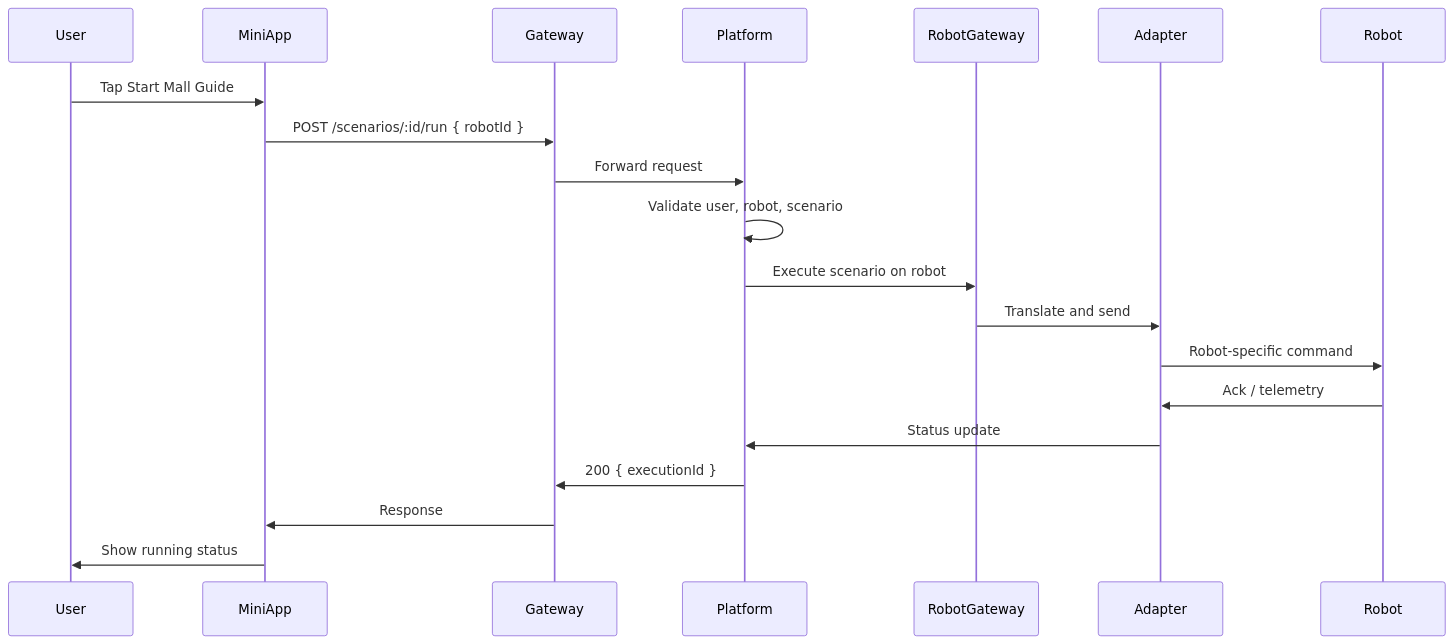
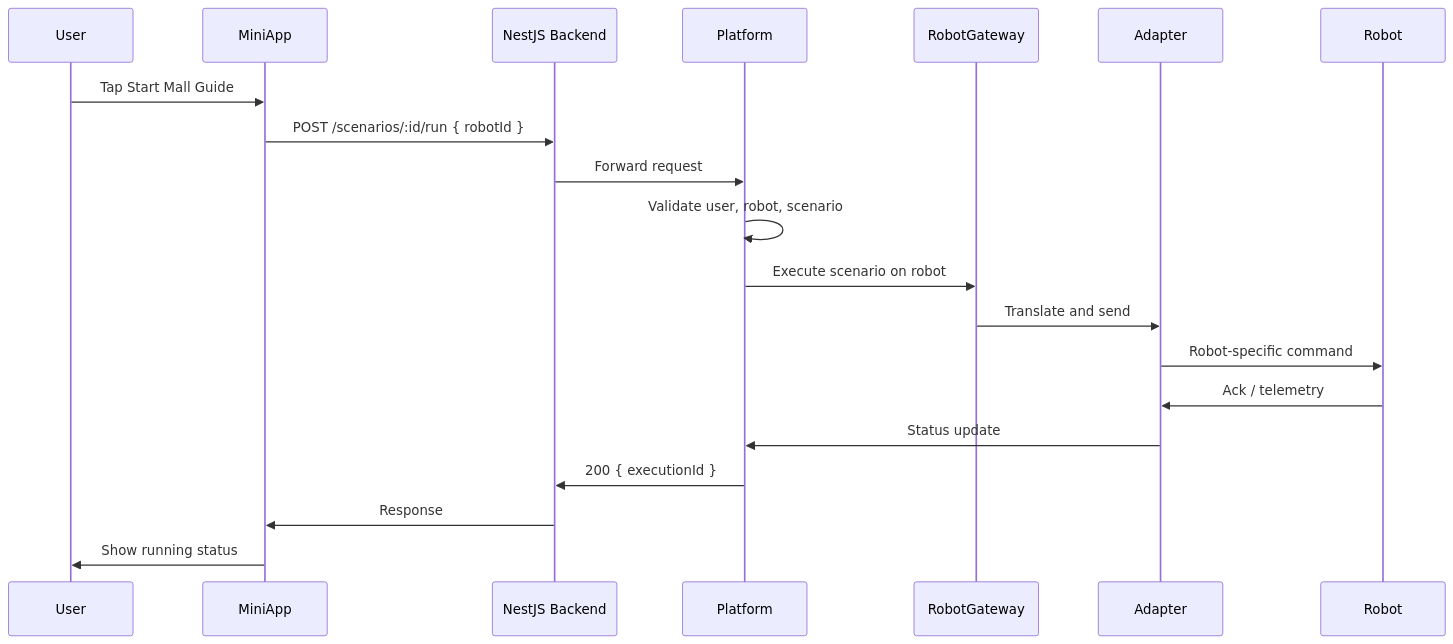
One commit to Saitosar/sai-aurosy-telegram-mini-app changed the fourth of 5 diagrams in docs/architecture/integration-with-sai-platform.md. Above: the diagram before and after it, drawn with Mermaid. The commit also changed other lines of this file and 45 other files, not shown here.

Commit message:
Update environment configuration, enhance README, and refine backend architecture documentation. Added new dependencies for TON Connect and React Three Fiber, and improved API integration details in various documentation files.

````diff
--- a/docs/architecture/integration-with-sai-platform.md
+++ b/docs/architecture/integration-with-sai-platform.md
@@ -107,23 +106,23 @@
 ```mermaid
 sequenceDiagram
     participant User
     participant MiniApp
-    participant Gateway
+    participant Backend as NestJS Backend
     participant Platform
     participant RobotGateway
     participant Adapter
     participant Robot
 
     User->>MiniApp: Tap Start Mall Guide
-    MiniApp->>Gateway: POST /scenarios/:id/run { robotId }
-    Gateway->>Platform: Forward request
+    MiniApp->>Backend: POST /scenarios/:id/run { robotId }
+    Backend->>Platform: Forward request
     Platform->>Platform: Validate user, robot, scenario
     Platform->>RobotGateway: Execute scenario on robot
     RobotGateway->>Adapter: Translate and send
     Adapter->>Robot: Robot-specific command
     Robot->>Adapter: Ack / telemetry
     Adapter->>Platform: Status update
-    Platform->>Gateway: 200 { executionId }
-    Gateway->>MiniApp: Response
+    Platform->>Backend: 200 { executionId }
+    Backend->>MiniApp: Response
     MiniApp->>User: Show running status
 ```
````
